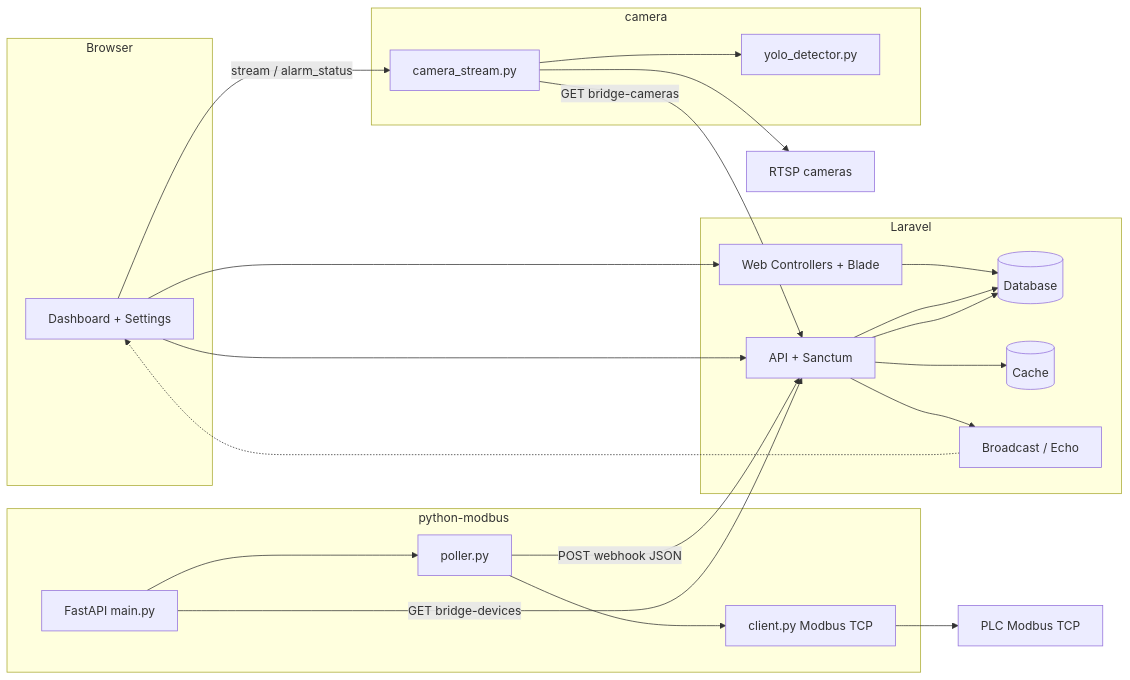
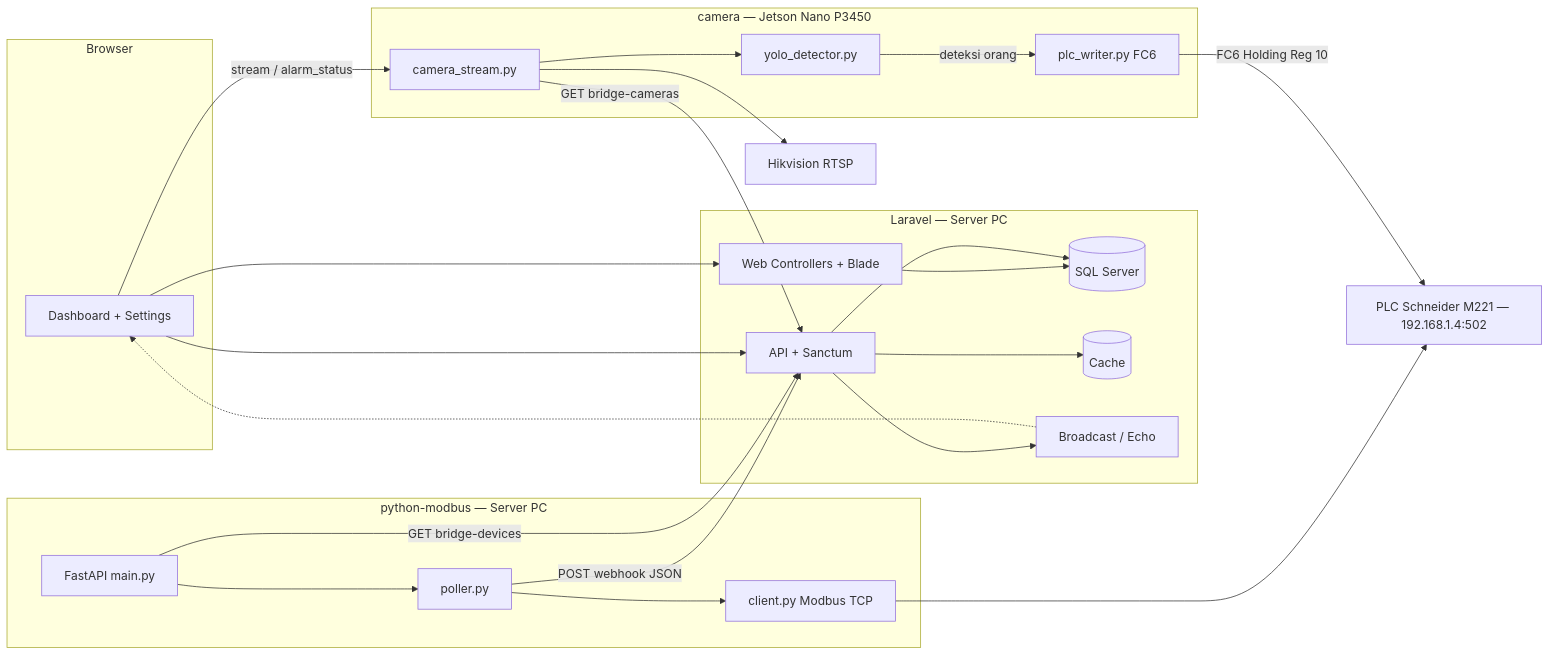
Before and after one commit to Maksum885/dashboard_spm: the diagram in docs/PENJELASAN_CARA_KERJA_SISTEM.md, drawn with Mermaid. The commit also changed other lines of this file and 46 other files, not shown here.

Commit message:
update camera PLC and dashboard

````diff
--- a/docs/PENJELASAN_CARA_KERJA_SISTEM.md
+++ b/docs/PENJELASAN_CARA_KERJA_SISTEM.md
@@ -12,42 +12,44 @@
 ```mermaid
 flowchart LR
   subgraph browser [Browser]
     UI[Dashboard + Settings]
   end
-  subgraph laravel [Laravel]
+  subgraph laravel [Laravel — Server PC]
     Web[Web Controllers + Blade]
     API[API + Sanctum]
-    DB[(Database)]
+    DB[(SQL Server)]
     Cache[(Cache)]
     BC[Broadcast / Echo]
   end
-  subgraph python [python-modbus]
+  subgraph python [python-modbus — Server PC]
     FA[FastAPI main.py]
     POL[poller.py]
     CLI[client.py Modbus TCP]
   end
-  subgraph cv [camera]
+  subgraph jetson [camera — Jetson Nano P3450]
     FL[camera_stream.py]
     YOLO[yolo_detector.py]
+    PLCw[plc_writer.py FC6]
   end
-  PLC[PLC Modbus TCP]
-  RTSP[RTSP cameras]
+  PLC[PLC Schneider M221 — 192.168.1.4:502]
+  RTSP[Hikvision RTSP]
 
   UI --> Web
   UI --> API
   Web --> DB
   API --> DB
   API --> Cache
   API --> BC
   BC -.-> UI
   FA --> POL
   POL --> CLI
   CLI --> PLC
   POL -->|POST webhook JSON| API
   FA -->|GET bridge-devices| API
   FL -->|GET bridge-cameras| API
   FL --> RTSP
   FL --> YOLO
+  YOLO -->|deteksi orang| PLCw
+  PLCw -->|FC6 Holding Reg 10| PLC
   UI -->|stream / alarm_status| FL
-  API --> DB
 ```
````
